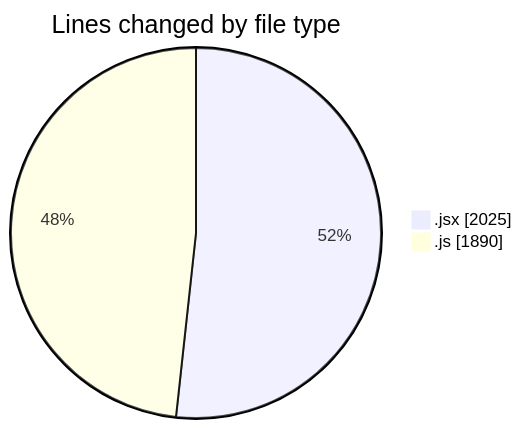
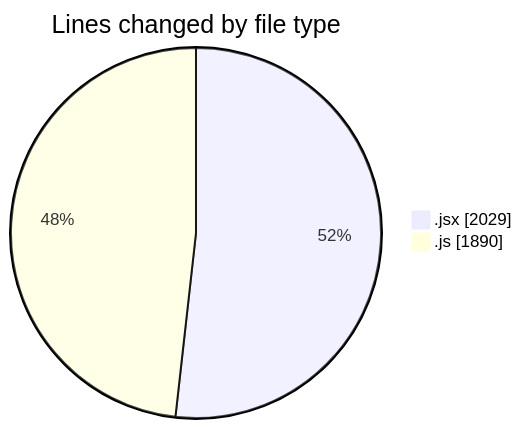
One commit to nxtqubesakshisongat/code-tracking changed the first of 2 diagrams in 2025-09-21/nxtqube_webapp/README.md. Above: the diagram before and after it, drawn with Mermaid. The commit also changed other lines of this file and 1 other file, not shown here.

````diff
--- a/2025-09-21/nxtqube_webapp/README.md
+++ b/2025-09-21/nxtqube_webapp/README.md
@@ -23,6 +23,6 @@
 ```mermaid
 pie showData
 title Lines changed by file type
-".jsx" : 2025
+".jsx" : 2029
 ".js" : 1890
 ```
````
